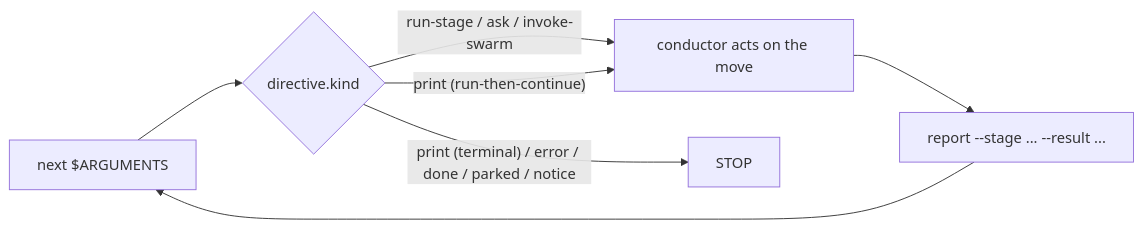
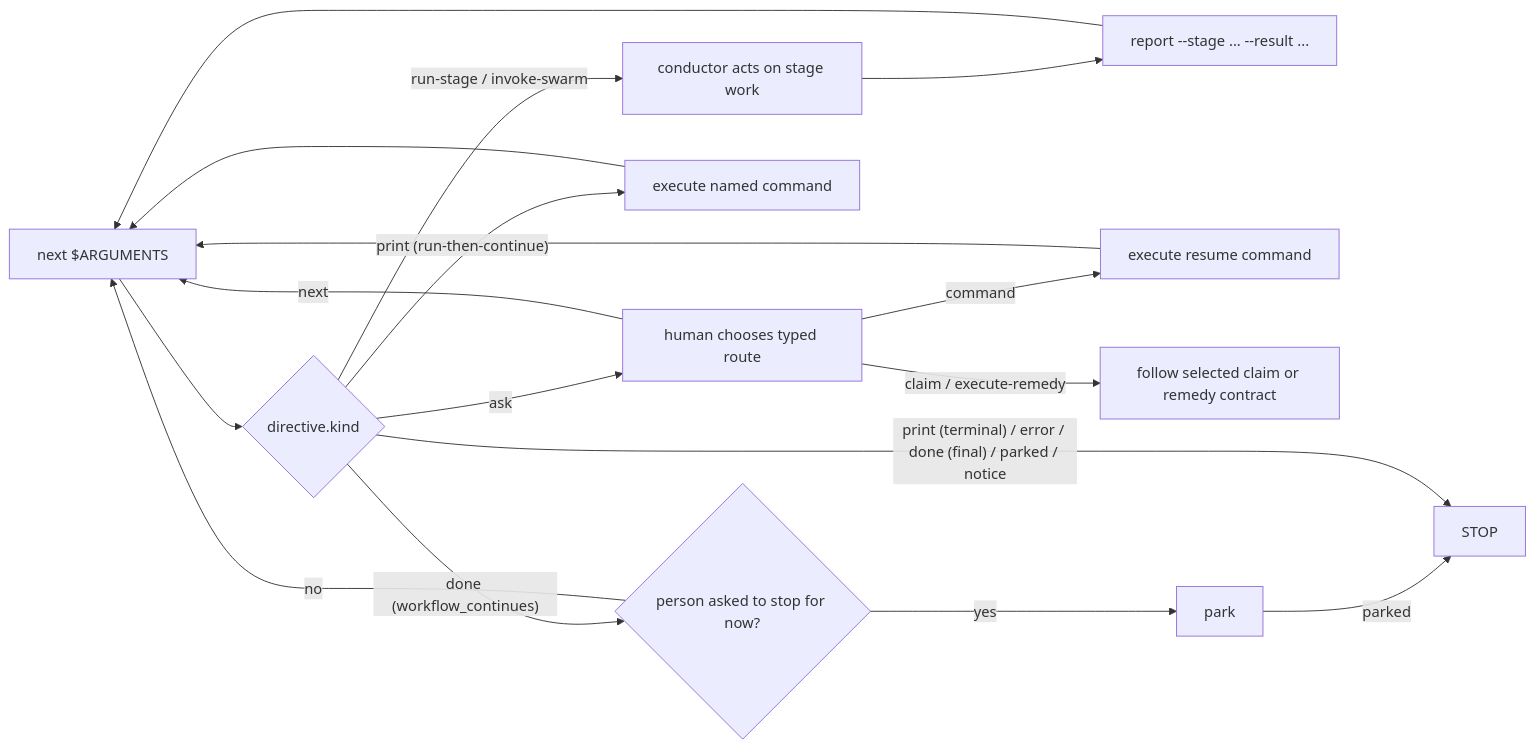
The diagram in docs/reference/en/17-skill-system.md (otomatty/aidlc-guide), drawn with Mermaid before and after one commit. The commit also changed other lines of this file and 832 other files, not shown here.

First line of the commit message:
Enhance plan approval workflow and PowerShell command parsing (#192)

````diff
--- a/docs/reference/en/17-skill-system.md
+++ b/docs/reference/en/17-skill-system.md
@@ -108,9 +117,19 @@
 ```mermaid
 flowchart LR
   A["next $ARGUMENTS"] --> B{"directive.kind"}
-  B -->|"run-stage / ask / invoke-swarm"| C["conductor acts on the move"]
+  B -->|"run-stage / invoke-swarm"| C["conductor acts on stage work"]
   C --> D["report --stage ... --result ..."]
   D --> A
-  B -->|"print (run-then-continue)"| C
-  B -->|"print (terminal) / error / done / parked / notice"| E["STOP"]
+  B -->|"ask"| F["human chooses typed route"]
+  F -->|"next"| A
+  F -->|"command"| G["execute resume command"]
+  G --> A
+  F -->|"claim / execute-remedy"| H["follow selected claim or remedy contract"]
+  B -->|"print (run-then-continue)"| I["execute named command"]
+  I --> A
+  B -->|"done (workflow_continues)"| J{"person asked to stop for now?"}
+  J -->|"no"| A
+  J -->|"yes"| K["park"]
+  K -->|"parked"| E
+  B -->|"print (terminal) / error / done (final) / parked / notice"| E["STOP"]
 ```
````
